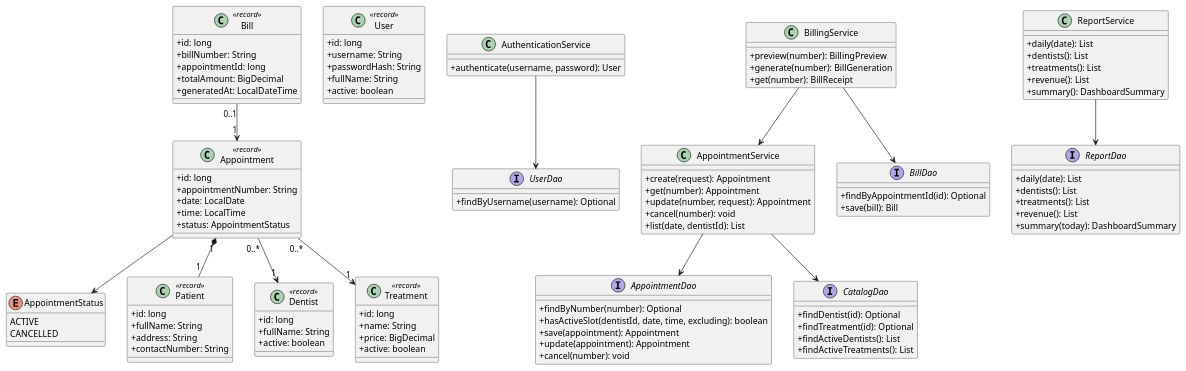
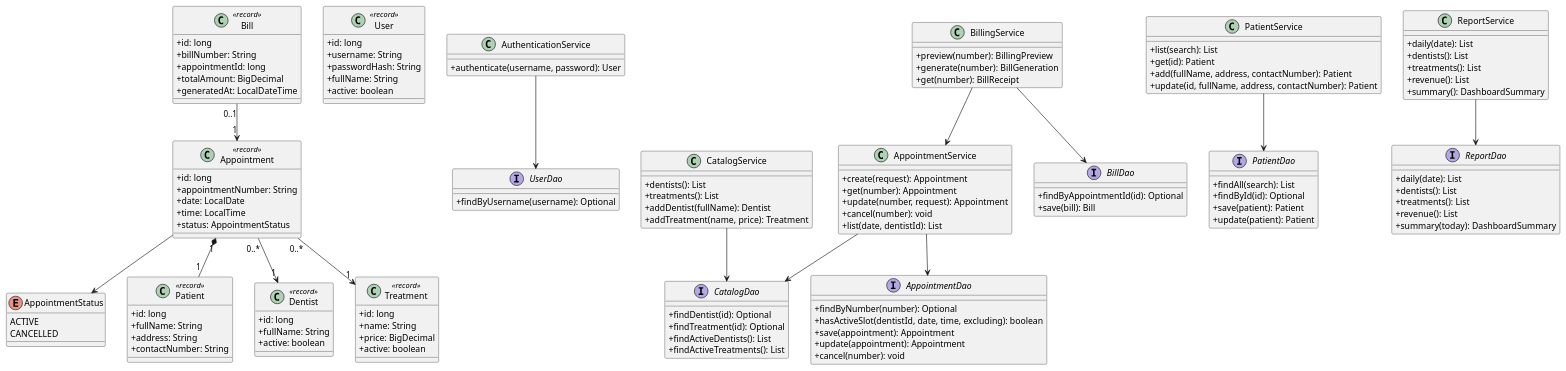
The diagram in docs/uml/class-diagram.puml (sdglhm/sunrise-dental-cis6003), drawn with PlantUML before and after one commit. The commit also changed 32 other files, not shown here.

```diff
--- a/docs/uml/class-diagram.puml
+++ b/docs/uml/class-diagram.puml
@@ -1,105 +1,125 @@
 @startuml
 skinparam classAttributeIconSize 0
 enum AppointmentStatus {
   ACTIVE
   CANCELLED
 }
 class User <<record>> {
   +id: long
   +username: String
   +passwordHash: String
   +fullName: String
   +active: boolean
 }
 class Patient <<record>> {
   +id: long
   +fullName: String
   +address: String
   +contactNumber: String
 }
 class Dentist <<record>> {
   +id: long
   +fullName: String
   +active: boolean
 }
 class Treatment <<record>> {
   +id: long
   +name: String
   +price: BigDecimal
   +active: boolean
 }
 class Appointment <<record>> {
   +id: long
   +appointmentNumber: String
   +date: LocalDate
   +time: LocalTime
   +status: AppointmentStatus
 }
 class Bill <<record>> {
   +id: long
   +billNumber: String
   +appointmentId: long
   +totalAmount: BigDecimal
   +generatedAt: LocalDateTime
 }
 class AuthenticationService {
   +authenticate(username, password): User
 }
 class AppointmentService {
   +create(request): Appointment
   +get(number): Appointment
   +update(number, request): Appointment
   +cancel(number): void
   +list(date, dentistId): List
 }
+class PatientService {
+  +list(search): List
+  +get(id): Patient
+  +add(fullName, address, contactNumber): Patient
+  +update(id, fullName, address, contactNumber): Patient
+}
+class CatalogService {
+  +dentists(): List
+  +treatments(): List
+  +addDentist(fullName): Dentist
+  +addTreatment(name, price): Treatment
+}
 class BillingService {
   +preview(number): BillingPreview
   +generate(number): BillGeneration
   +get(number): BillReceipt
 }
 class ReportService {
   +daily(date): List
   +dentists(): List
   +treatments(): List
   +revenue(): List
   +summary(): DashboardSummary
 }
 interface UserDao {
   +findByUsername(username): Optional
 }
 interface AppointmentDao {
   +findByNumber(number): Optional
   +hasActiveSlot(dentistId, date, time, excluding): boolean
   +save(appointment): Appointment
   +update(appointment): Appointment
   +cancel(number): void
+}
+interface PatientDao {
+  +findAll(search): List
+  +findById(id): Optional
+  +save(patient): Patient
+  +update(patient): Patient
 }
 interface CatalogDao {
   +findDentist(id): Optional
   +findTreatment(id): Optional
   +findActiveDentists(): List
   +findActiveTreatments(): List
 }
 interface BillDao {
   +findByAppointmentId(id): Optional
   +save(bill): Bill
 }
 interface ReportDao {
   +daily(date): List
   +dentists(): List
   +treatments(): List
   +revenue(): List
   +summary(today): DashboardSummary
 }
 Appointment "1" *-- "1" Patient
 Appointment "0..*" --> "1" Dentist
 Appointment "0..*" --> "1" Treatment
 Appointment --> AppointmentStatus
 Bill "0..1" --> "1" Appointment
 AuthenticationService --> UserDao
 AppointmentService --> AppointmentDao
 AppointmentService --> CatalogDao
+PatientService --> PatientDao
+CatalogService --> CatalogDao
 BillingService --> AppointmentService
 BillingService --> BillDao
 ReportService --> ReportDao
 @enduml
```
